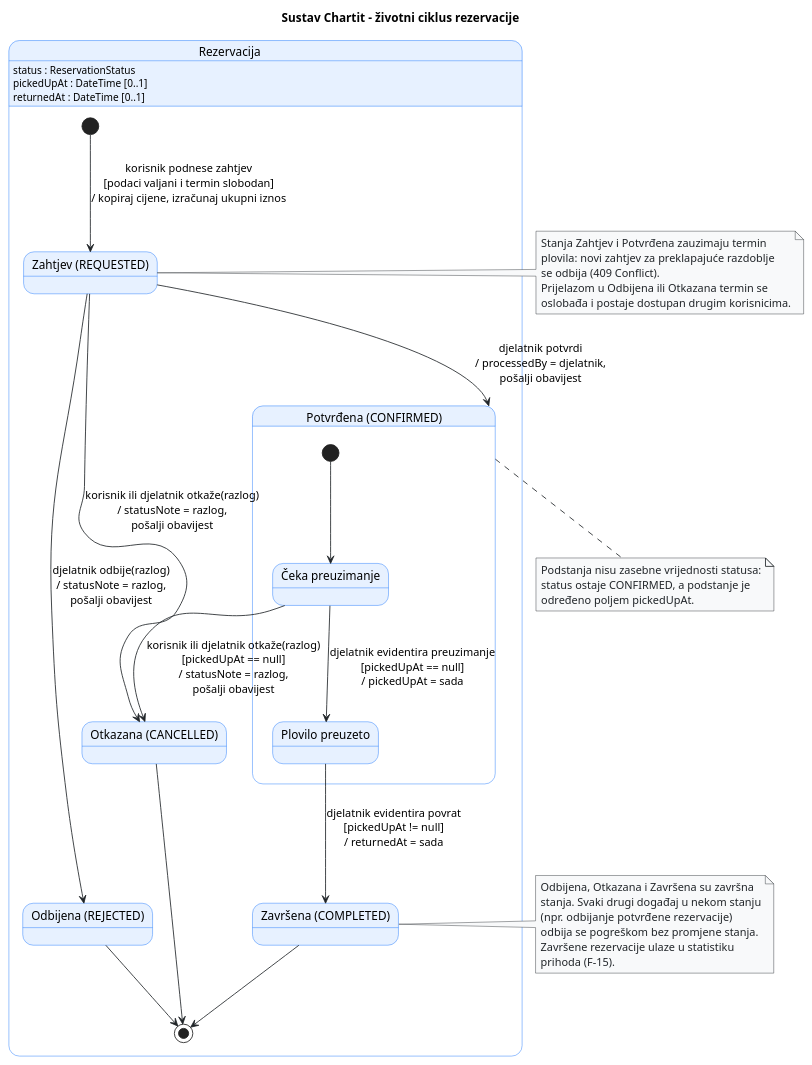
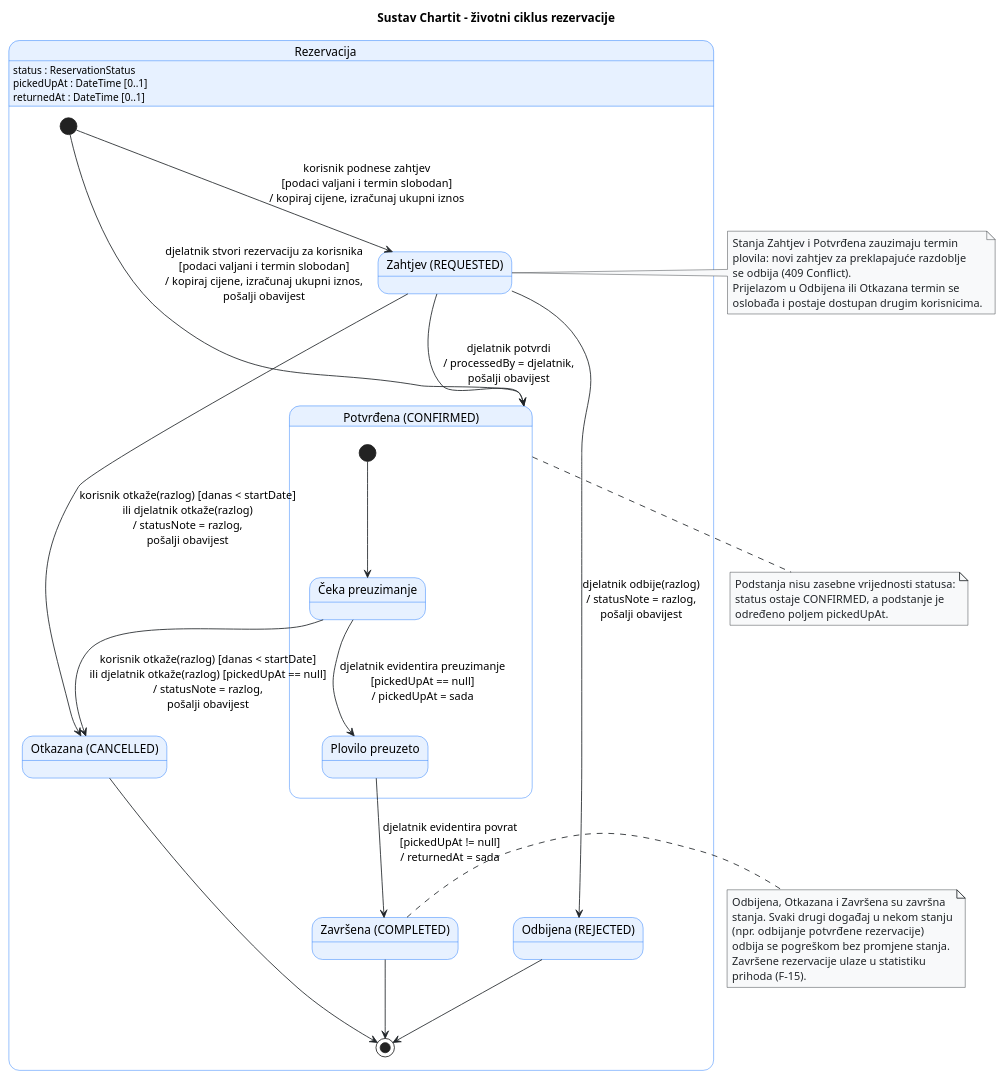
Before and after one commit to tmpteamname1/ChartIt: the diagram in docs/puml/4-5-chartit-reservation-SM.puml, drawn with PlantUML. The commit also changed other lines of this file and 13 other files, not shown here.

```diff
--- a/docs/puml/4-5-chartit-reservation-SM.puml
+++ b/docs/puml/4-5-chartit-reservation-SM.puml
@@ -18,91 +18,93 @@
 @startuml
 title Sustav Chartit – životni ciklus rezervacije
 
 skinparam shadowing false
 skinparam defaultFontName Arial
 skinparam ArrowColor #212529
 
 skinparam state {
     BackgroundColor #E7F1FF
     BorderColor #0D6EFD
 }
 
 skinparam note {
     BackgroundColor #F8F9FA
     BorderColor #212529
     FontColor #212529
 }
 
 ' ==============================================================================
 ' Kontekst objekta i varijable stanja
 ' ==============================================================================
 state "Rezervacija" as Life {
 
   Life : status : ReservationStatus
   Life : pickedUpAt : DateTime [0..1]
   Life : returnedAt : DateTime [0..1]
 
   ' Rezervacija nastaje tek ako su podaci valjani i termin slobodan
   ' (dijagram 4-4); neuspješni zahtjevi ne stvaraju objekt.
   [*] --> Requested : korisnik podnese zahtjev\n[podaci valjani i termin slobodan]\n/ kopiraj cijene, izračunaj ukupni iznos
+  [*] --> Confirmed : djelatnik stvori rezervaciju za korisnika\n[podaci valjani i termin slobodan]\n/ kopiraj cijene, izračunaj ukupni iznos,\npošalji obavijest
 
   state "Zahtjev (REQUESTED)" as Requested
   state "Odbijena (REJECTED)" as Rejected
   state "Otkazana (CANCELLED)" as Cancelled
   state "Završena (COMPLETED)" as Completed
 
   ' ----------------------------------------------------------------------------
   ' Složeno stanje: status ostaje CONFIRMED, a podstanje određuje pickedUpAt.
   ' ----------------------------------------------------------------------------
   state "Potvrđena (CONFIRMED)" as Confirmed {
     state "Čeka preuzimanje" as AwaitingPickup
     state "Plovilo preuzeto" as PickedUp
 
     [*] --> AwaitingPickup
     AwaitingPickup --> PickedUp : djelatnik evidentira preuzimanje\n[pickedUpAt == null]\n/ pickedUpAt = sada
   }
 
   ' Obrada zahtjeva (djelatnik tvrtke kojoj pripada plovilo)
   Requested --> Confirmed : djelatnik potvrdi\n/ processedBy = djelatnik,\npošalji obavijest
   Requested --> Rejected : djelatnik odbije(razlog)\n/ statusNote = razlog,\npošalji obavijest
 
-  ' Otkazivanje je dopušteno samo prije preuzimanja plovila.
-  Requested --> Cancelled : korisnik ili djelatnik otkaže(razlog)\n/ statusNote = razlog,\npošalji obavijest
-  AwaitingPickup --> Cancelled : korisnik ili djelatnik otkaže(razlog)\n[pickedUpAt == null]\n/ statusNote = razlog,\npošalji obavijest
+  ' Korisnik otkazuje najkasnije dan prije početka najma, a djelatnik
+  ' dok preuzimanje nije evidentirano (F-05, F-12).
+  Requested --> Cancelled : korisnik otkaže(razlog) [danas < startDate]\nili djelatnik otkaže(razlog)\n/ statusNote = razlog,\npošalji obavijest
+  AwaitingPickup --> Cancelled : korisnik otkaže(razlog) [danas < startDate]\nili djelatnik otkaže(razlog) [pickedUpAt == null]\n/ statusNote = razlog,\npošalji obavijest
 
   ' Povrat zatvara najam.
   PickedUp --> Completed : djelatnik evidentira povrat\n[pickedUpAt != null]\n/ returnedAt = sada
 
   Rejected --> [*]
   Cancelled --> [*]
   Completed --> [*]
 }
 
 ' ==============================================================================
 ' Ograničenja
 ' ==============================================================================
 
 note right of Requested
   Stanja Zahtjev i Potvrđena zauzimaju termin
   plovila: novi zahtjev za preklapajuće razdoblje
   se odbija (409 Conflict).
   Prijelazom u Odbijena ili Otkazana termin se
   oslobađa i postaje dostupan drugim korisnicima.
 end note
 
 note bottom of Confirmed
   Podstanja nisu zasebne vrijednosti statusa:
   status ostaje CONFIRMED, a podstanje je
   određeno poljem pickedUpAt.
 end note
 
 note right of Completed
   Odbijena, Otkazana i Završena su završna
   stanja. Svaki drugi događaj u nekom stanju
   (npr. odbijanje potvrđene rezervacije)
   odbija se pogreškom bez promjene stanja.
   Završene rezervacije ulaze u statistiku
   prihoda (F-15).
 end note
 
 @enduml
```
